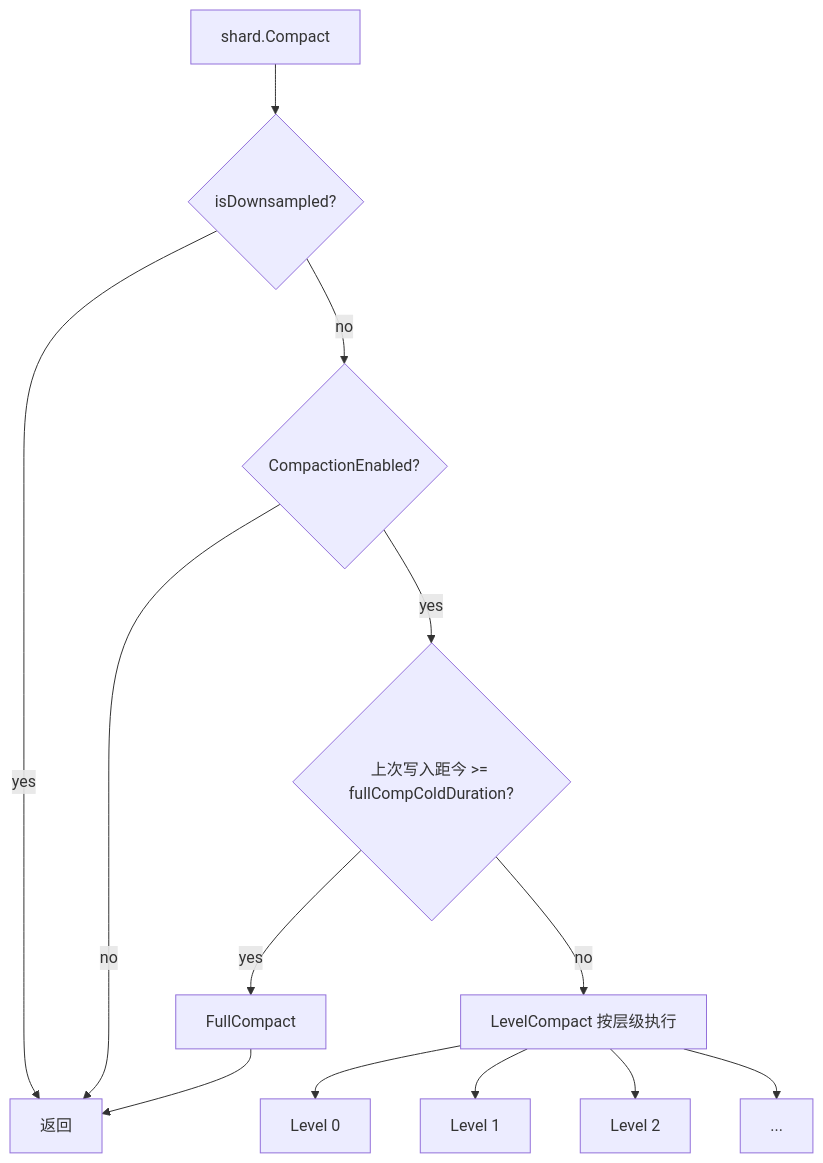
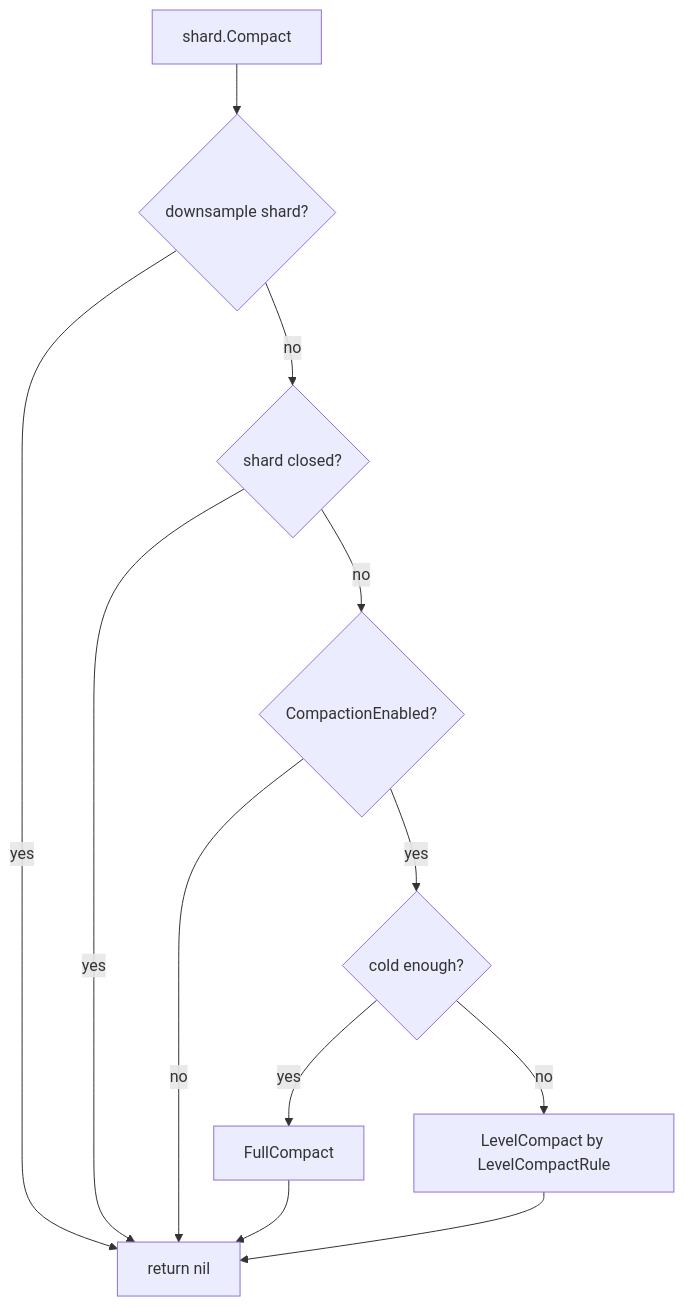
One commit to zhiwangdu/openGemini changed the first of 6 diagrams in engine/immutable/tssp_compact_design.md. Above: the diagram before and after it, drawn with Mermaid. The commit also changed other lines of this file and 1 other file, not shown here.

````diff
--- a/engine/immutable/tssp_compact_design.md
+++ b/engine/immutable/tssp_compact_design.md
@@ -16,15 +19,14 @@
 ```mermaid
 flowchart TD
-    A[shard.Compact] --> B{isDownsampled?}
-    B -- yes --> Z[返回]
-    B -- no --> C{CompactionEnabled?}
-    C -- no --> Z
-    C -- yes --> D{上次写入距今 >= fullCompColdDuration?}
-    D -- yes --> E[FullCompact]
-    D -- no --> F[LevelCompact 按层级执行]
-    E --> Z
-    F --> G[Level 0]
-    F --> H[Level 1]
-    F --> I[Level 2]
-    F --> J[...]
+    A[shard.Compact] --> B{downsample shard?}
+    B -- yes --> Z[return nil]
+    B -- no --> C{shard closed?}
+    C -- yes --> Z
+    C -- no --> D{CompactionEnabled?}
+    D -- no --> Z
+    D -- yes --> E{cold enough?}
+    E -- yes --> F[FullCompact]
+    E -- no --> G[LevelCompact by LevelCompactRule]
+    F --> Z
+    G --> Z
 ```
````
